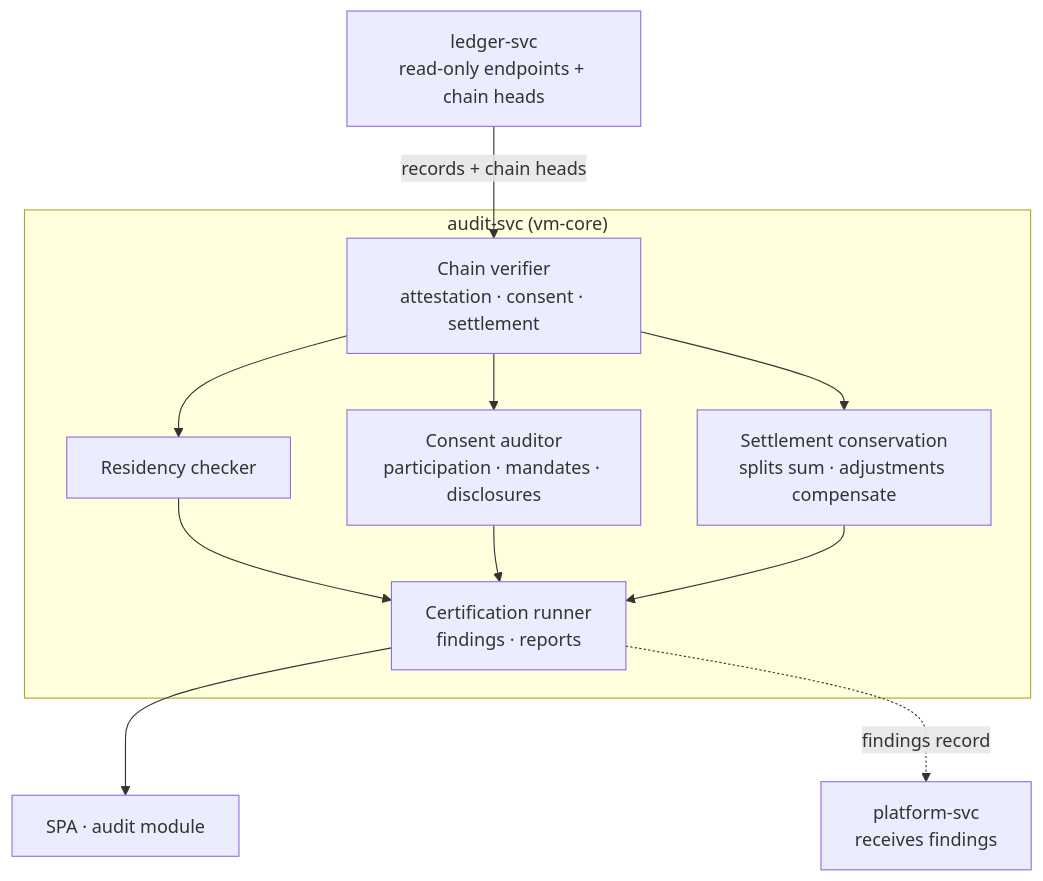
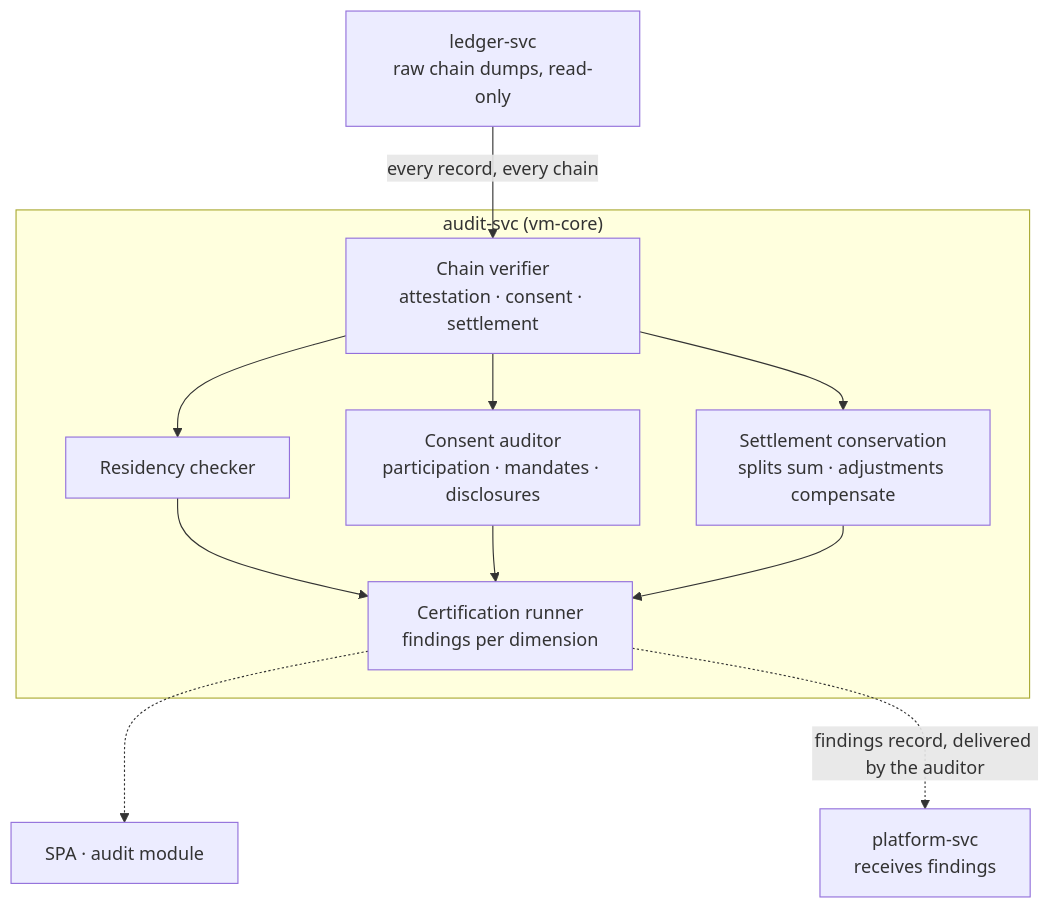
The diagram in plan/design/08-audit.md (alius-git/amisad.dev), drawn with Mermaid before and after one commit. The commit also changed other lines of this file and 19 other files, not shown here.

````diff
--- a/plan/design/08-audit.md
+++ b/plan/design/08-audit.md
@@ -7,23 +7,23 @@
 ```mermaid
 flowchart TD
     subgraph svc["audit-svc (vm-core)"]
         chains["Chain verifier<br/>attestation · consent · settlement"]
         residency["Residency checker"]
         consent["Consent auditor<br/>participation · mandates · disclosures"]
         conservation["Settlement conservation<br/>splits sum · adjustments compensate"]
-        certify["Certification runner<br/>findings · reports"]
+        certify["Certification runner<br/>findings per dimension"]
     end
     spa["SPA · audit module"]
-    ledger["ledger-svc<br/>read-only endpoints + chain heads"]
+    ledger["ledger-svc<br/>raw chain dumps, read-only"]
     platform["platform-svc<br/>receives findings"]
 
-    ledger -->|"records + chain heads"| chains
+    ledger -->|"every record, every chain"| chains
     chains --> residency
     chains --> consent
     chains --> conservation
     residency --> certify
     consent --> certify
     conservation --> certify
-    certify --> spa
-    certify -.->|"findings record"| platform
+    certify -.-> spa
+    certify -.->|"findings record, delivered by the auditor"| platform
 ```
````
